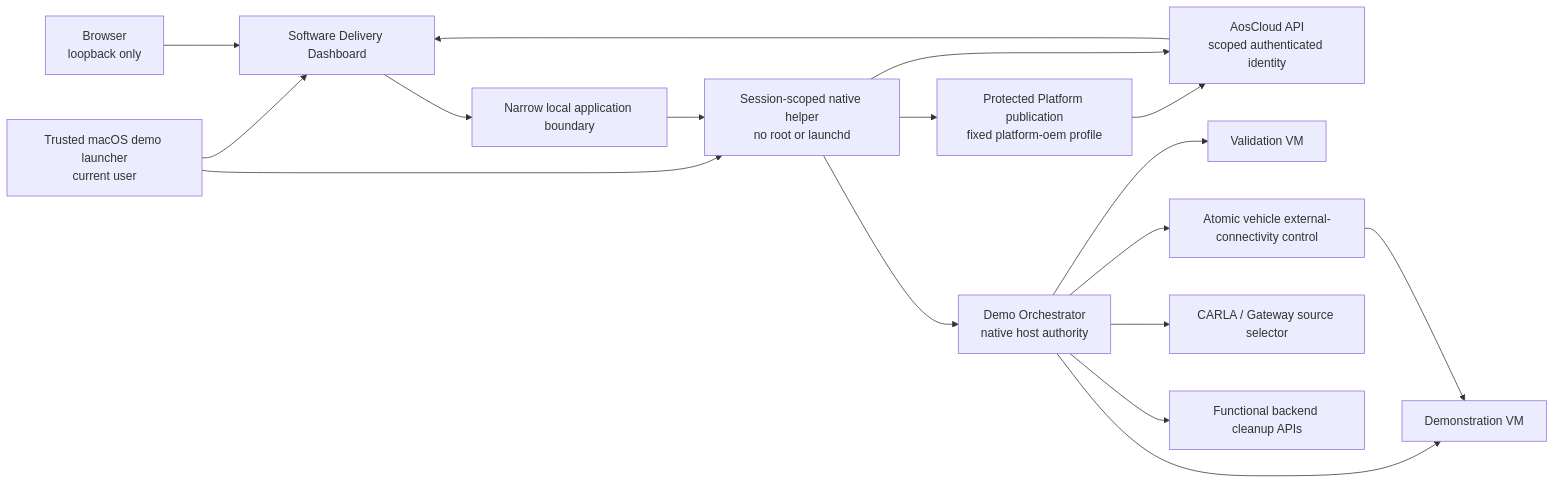
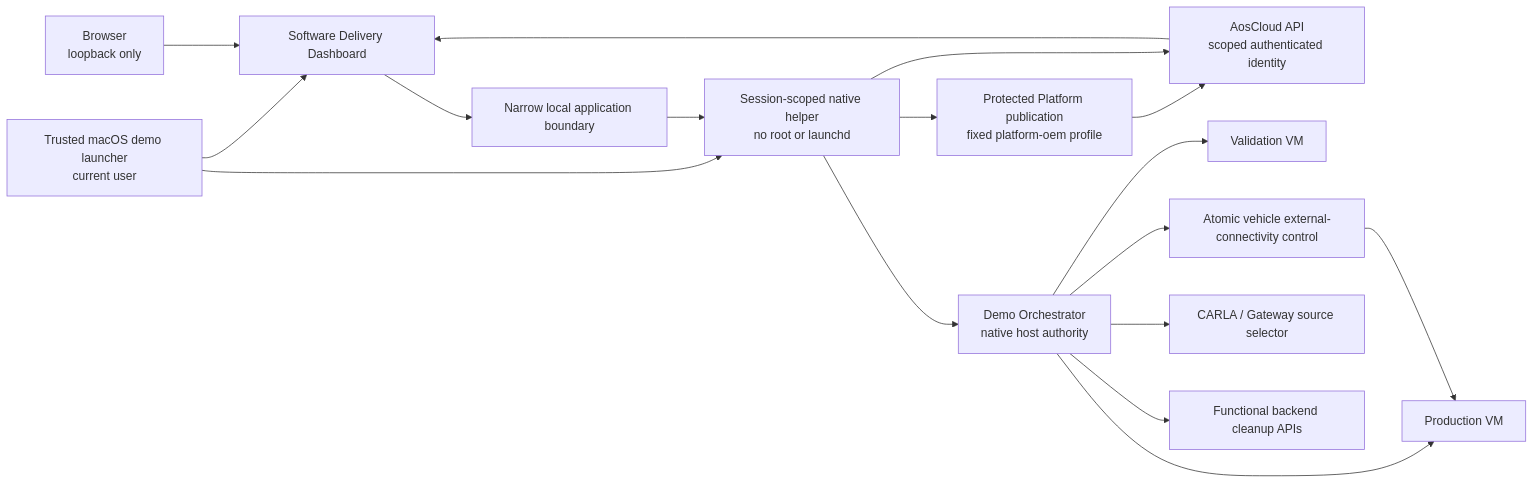
The diagram in docs/requirements/components/demo-orchestration.md (alexmaninblack/aosedge-sdv-demo), drawn with Mermaid before and after one commit. The commit also changed other lines of this file and 176 other files, not shown here.

````diff
--- a/docs/requirements/components/demo-orchestration.md
+++ b/docs/requirements/components/demo-orchestration.md
@@ -76,19 +92,19 @@
 ```mermaid
 flowchart LR
     L["Trusted macOS demo launcher<br/>current user"] --> SW
     L --> H["Session-scoped native helper<br/>no root or launchd"]
     B["Browser<br/>loopback only"] --> SW["Software Delivery Dashboard"]
     SW --> API["Narrow local application boundary"]
     API --> H
     H --> OR["Demo Orchestrator<br/>native host authority"]
     H --> PH["Protected Platform publication<br/>fixed platform-oem profile"]
     PH --> AC
     H --> AC["AosCloud API<br/>scoped authenticated identity"]
     OR --> VU["Validation VM"]
-    OR --> DU["Demonstration VM"]
+    OR --> PU["Production VM"]
     OR --> XC["Atomic vehicle external-connectivity control"]
-    XC --> DU
+    XC --> PU
     OR --> SRC["CARLA / Gateway source selector"]
     OR --> FB["Functional backend cleanup APIs"]
     AC --> SW
 ```
````
